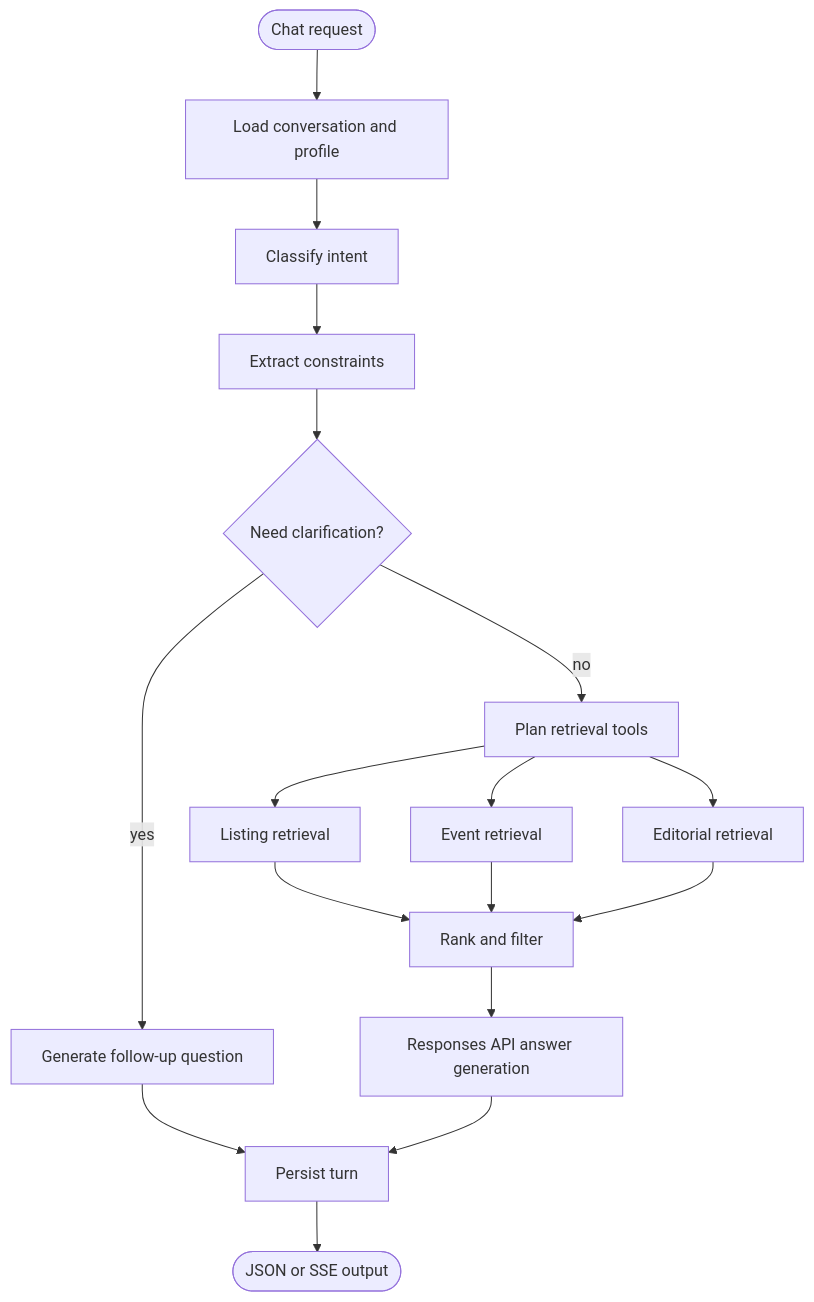
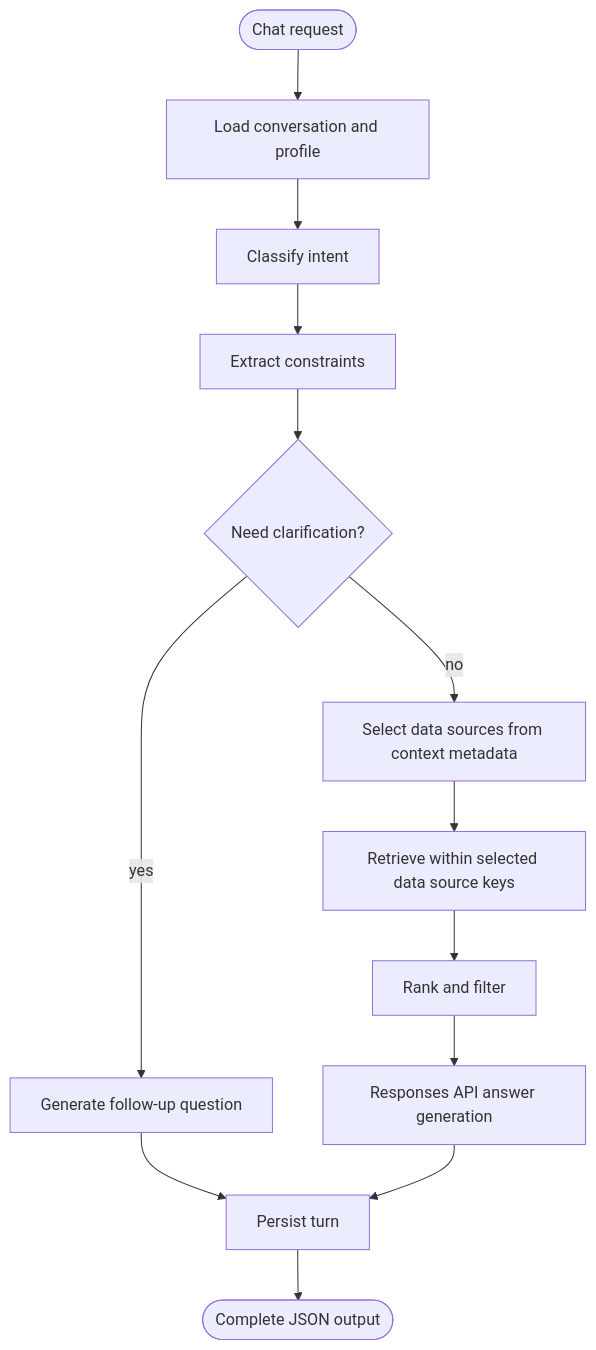
Before and after one commit to sovware/ask-sunny-docs: the second of 5 diagrams in server/SERVER_APP_ARCHITECTURE.md, drawn with Mermaid. The commit also changed other lines of this file and 9 other files, not shown here.

````diff
--- a/server/SERVER_APP_ARCHITECTURE.md
+++ b/server/SERVER_APP_ARCHITECTURE.md
@@ -100,19 +101,15 @@
 ```mermaid
 flowchart TD
   Start([Chat request]) --> Load[Load conversation and profile]
   Load --> Classify[Classify intent]
   Classify --> Extract[Extract constraints]
   Extract --> Clarify{Need clarification?}
   Clarify -- yes --> GenerateClarify[Generate follow-up question]
-  Clarify -- no --> ToolPlan[Plan retrieval tools]
-  ToolPlan --> Listings[Listing retrieval]
-  ToolPlan --> Events[Event retrieval]
-  ToolPlan --> Editorial[Editorial retrieval]
-  Listings --> Rank[Rank and filter]
-  Events --> Rank
-  Editorial --> Rank
+  Clarify -- no --> SourcePlan[Select data sources from context metadata]
+  SourcePlan --> Retrieve[Retrieve within selected data source keys]
+  Retrieve --> Rank[Rank and filter]
   Rank --> Generate[Responses API answer generation]
   GenerateClarify --> Persist[Persist turn]
   Generate --> Persist
-  Persist --> End([JSON or SSE output])
+  Persist --> End([Complete JSON output])
 ```
````
